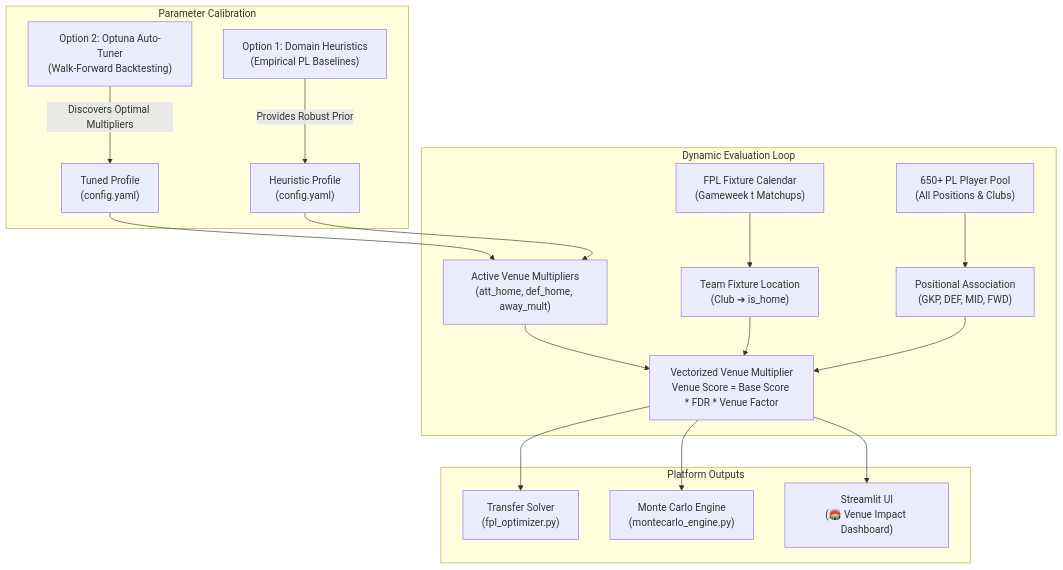
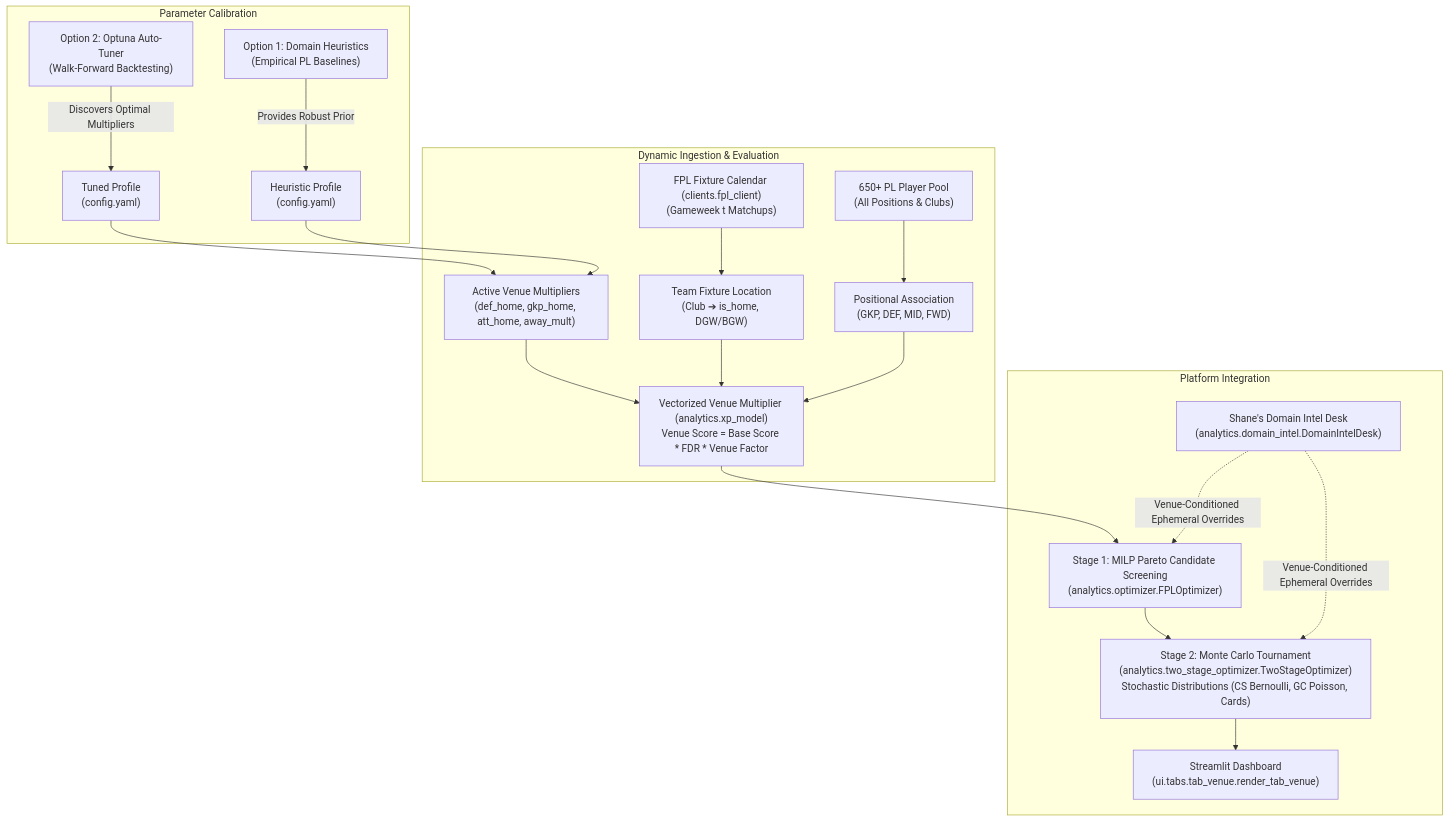
Before and after one commit to clydewatts1/rubies_rangers: the first of 4 diagrams in docs/brainstorm/venue_home_away_impact.md, drawn with Mermaid. The commit also changed other lines of this file and 37 other files, not shown here.

Commit message:
feat: modularize codebase and implement analytics engines, UI tabs, and test suites

````diff
--- a/docs/brainstorm/venue_home_away_impact.md
+++ b/docs/brainstorm/venue_home_away_impact.md
@@ -16,21 +16,22 @@
 ```mermaid
 flowchart TD
     subgraph Parameter Calibration
         OPT["Option 2: Optuna Auto-Tuner\n(Walk-Forward Backtesting)"] -->|Discovers Optimal Multipliers| TUNED["Tuned Profile\n(config.yaml)"]
         HEUR["Option 1: Domain Heuristics\n(Empirical PL Baselines)"] -->|Provides Robust Prior| BASE["Heuristic Profile\n(config.yaml)"]
     end
 
-    subgraph Dynamic Evaluation Loop
-        TUNED & BASE --> VENUE_CFG["Active Venue Multipliers\n(att_home, def_home, away_mult)"]
-        FIXTURES["FPL Fixture Calendar\n(Gameweek t Matchups)"] --> MATCH["Team Fixture Location\n(Club ➔ is_home)"]
+    subgraph Dynamic Ingestion & Evaluation
+        TUNED & BASE --> VENUE_CFG["Active Venue Multipliers\n(def_home, gkp_home, att_home, away_mult)"]
+        FIXTURES["FPL Fixture Calendar (clients.fpl_client)\n(Gameweek t Matchups)"] --> MATCH["Team Fixture Location\n(Club ➔ is_home, DGW/BGW)"]
         PLAYERS["650+ PL Player Pool\n(All Positions & Clubs)"] --> LINK["Positional Association\n(GKP, DEF, MID, FWD)"]
         
-        VENUE_CFG & MATCH & LINK --> CALC["Vectorized Venue Multiplier\nVenue Score = Base Score * FDR * Venue Factor"]
+        VENUE_CFG & MATCH & LINK --> CALC["Vectorized Venue Multiplier (analytics.xp_model)\nVenue Score = Base Score * FDR * Venue Factor"]
     end
 
-    subgraph Platform Outputs
-        CALC --> TRANSFERS["Transfer Solver\n(fpl_optimizer.py)"]
-        CALC --> MONTE["Monte Carlo Engine\n(montecarlo_engine.py)"]
-        CALC --> DASH["Streamlit UI\n(🏟️ Venue Impact Dashboard)"]
+    subgraph Platform Integration
+        CALC --> STAGE1["Stage 1: MILP Pareto Candidate Screening\n(analytics.optimizer.FPLOptimizer)"]
+        STAGE1 --> STAGE2["Stage 2: Monte Carlo Tournament\n(analytics.two_stage_optimizer.TwoStageOptimizer)\nStochastic Distributions (CS Bernoulli, GC Poisson, Cards)"]
+        INTEL["Shane's Domain Intel Desk\n(analytics.domain_intel.DomainIntelDesk)"] -.->|Venue-Conditioned Ephemeral Overrides| STAGE1 & STAGE2
+        STAGE2 --> DASH["Streamlit Dashboard\n(ui.tabs.tab_venue.render_tab_venue)"]
     end
 ```
````
